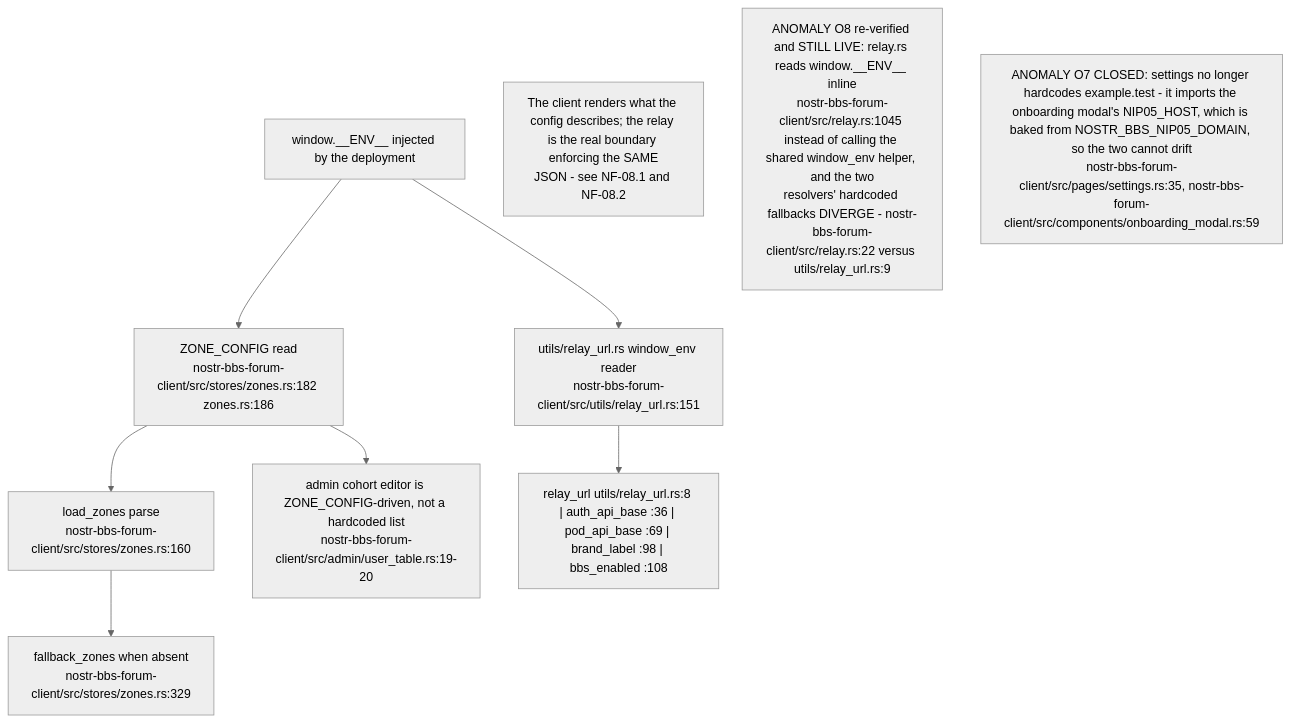
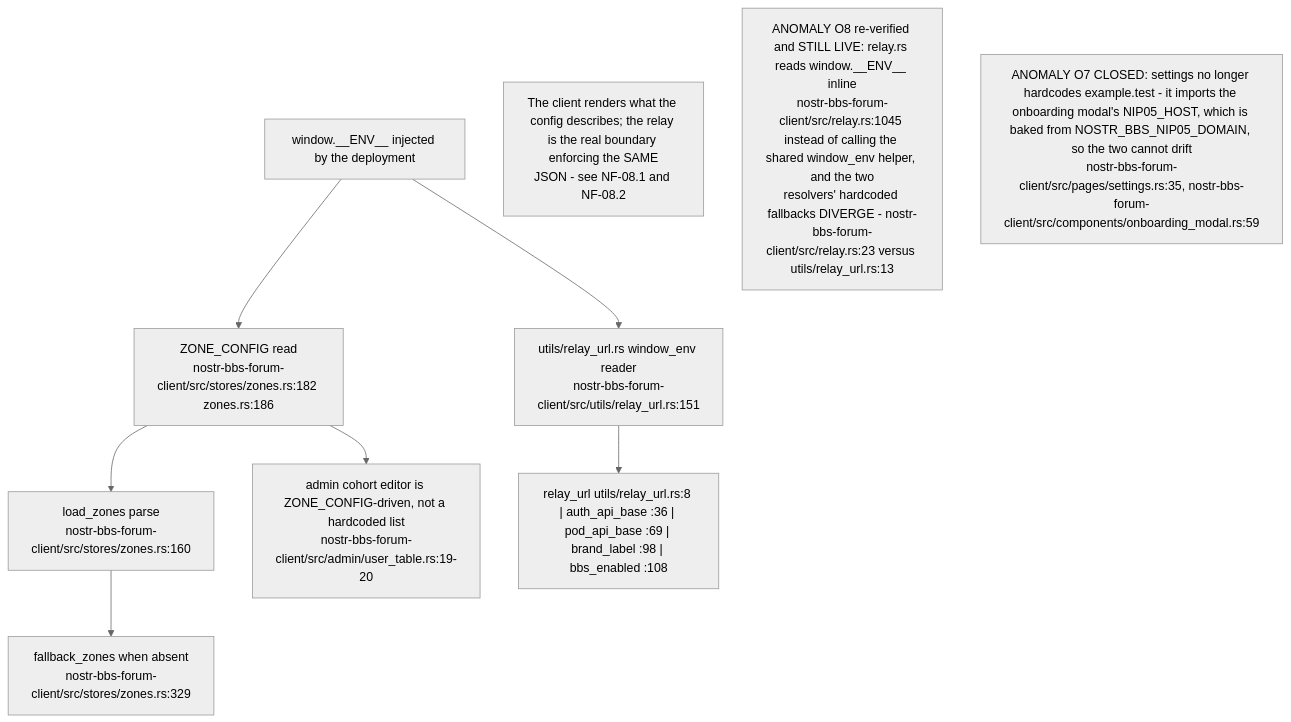
One commit to DreamLab-AI/VisionFlow changed the seventh of 17 diagrams in docs/diagrams/nostr-rust-forum/05-leptos-clients-onboarding-messaging-governance.md. Above: the diagram before and after it, drawn with Mermaid (neutral theme). The commit also changed other lines of this file and 91 other files, not shown here.

````diff
--- a/docs/diagrams/nostr-rust-forum/05-leptos-clients-onboarding-messaging-governance.md
+++ b/docs/diagrams/nostr-rust-forum/05-leptos-clients-onboarding-messaging-governance.md
@@ -257,18 +260,18 @@
 ```mermaid
 flowchart TB
     ENV["window.__ENV__ injected by the deployment"]
     ZC["ZONE_CONFIG read<br/>nostr-bbs-forum-client/src/stores/zones.rs:182 zones.rs:186"]
     LOAD["load_zones parse<br/>nostr-bbs-forum-client/src/stores/zones.rs:160"]
     FB["fallback_zones when absent<br/>nostr-bbs-forum-client/src/stores/zones.rs:329"]
     URLS["utils/relay_url.rs window_env reader<br/>nostr-bbs-forum-client/src/utils/relay_url.rs:151"]
     R["relay_url utils/relay_url.rs:8 | auth_api_base :36 | pod_api_base :69 | brand_label :98 | bbs_enabled :108"]
     COH["admin cohort editor is ZONE_CONFIG-driven, not a hardcoded list<br/>nostr-bbs-forum-client/src/admin/user_table.rs:19-20"]
 
     ENV --> ZC --> LOAD --> FB
     ENV --> URLS --> R
     ZC --> COH
 
     N1["The client renders what the config describes; the relay is the real boundary enforcing the SAME<br/>JSON - see NF-08.1 and NF-08.2"]
-    N2["ANOMALY O8 re-verified and STILL LIVE: relay.rs reads window.__ENV__ inline<br/>nostr-bbs-forum-client/src/relay.rs:1045 instead of calling the shared window_env helper, and the two<br/>resolvers' hardcoded fallbacks DIVERGE - nostr-bbs-forum-client/src/relay.rs:22 versus utils/relay_url.rs:9"]
+    N2["ANOMALY O8 re-verified and STILL LIVE: relay.rs reads window.__ENV__ inline<br/>nostr-bbs-forum-client/src/relay.rs:1045 instead of calling the shared window_env helper, and the two<br/>resolvers' hardcoded fallbacks DIVERGE - nostr-bbs-forum-client/src/relay.rs:23 versus utils/relay_url.rs:13"]
     N3["ANOMALY O7 CLOSED: settings no longer hardcodes example.test - it imports the onboarding modal's NIP05_HOST, which is baked from NOSTR_BBS_NIP05_DOMAIN, so the two cannot drift<br/>nostr-bbs-forum-client/src/pages/settings.rs:35, nostr-bbs-forum-client/src/components/onboarding_modal.rs:59"]
 ```
````
